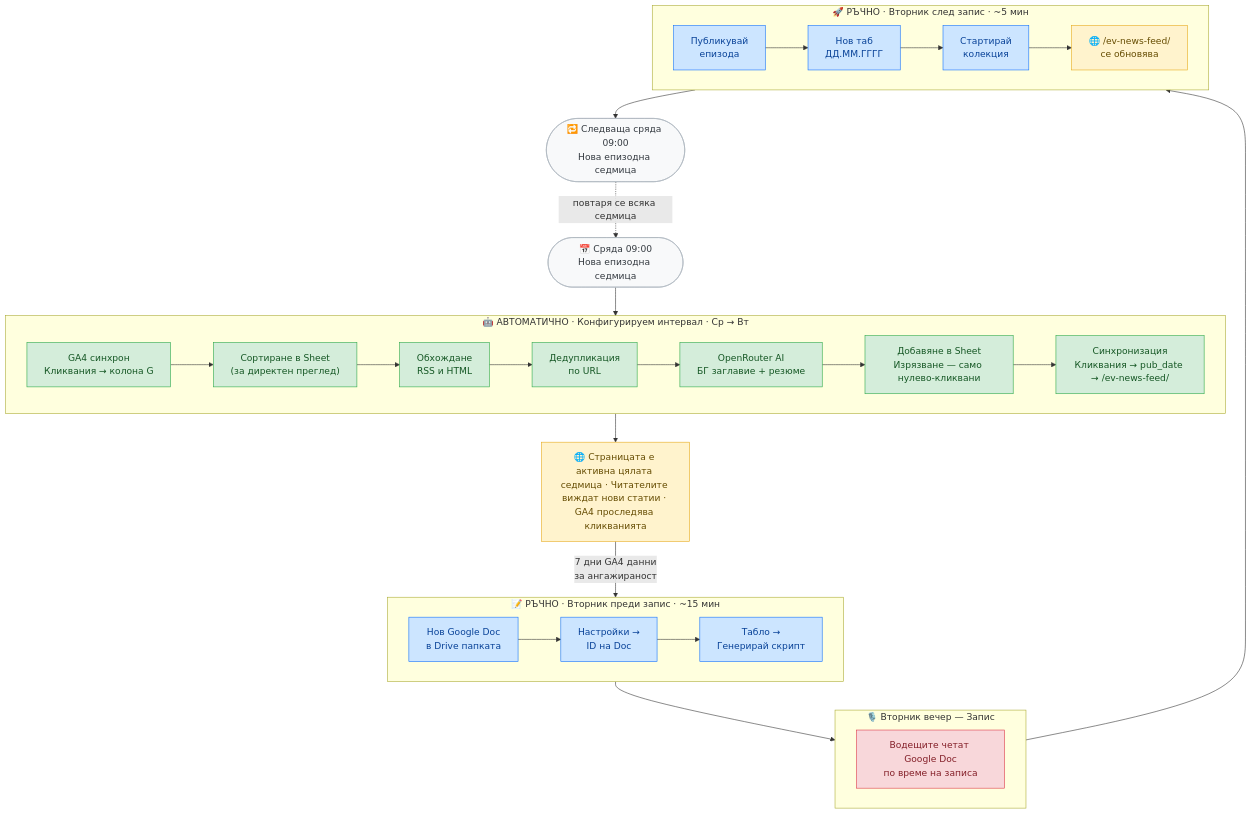
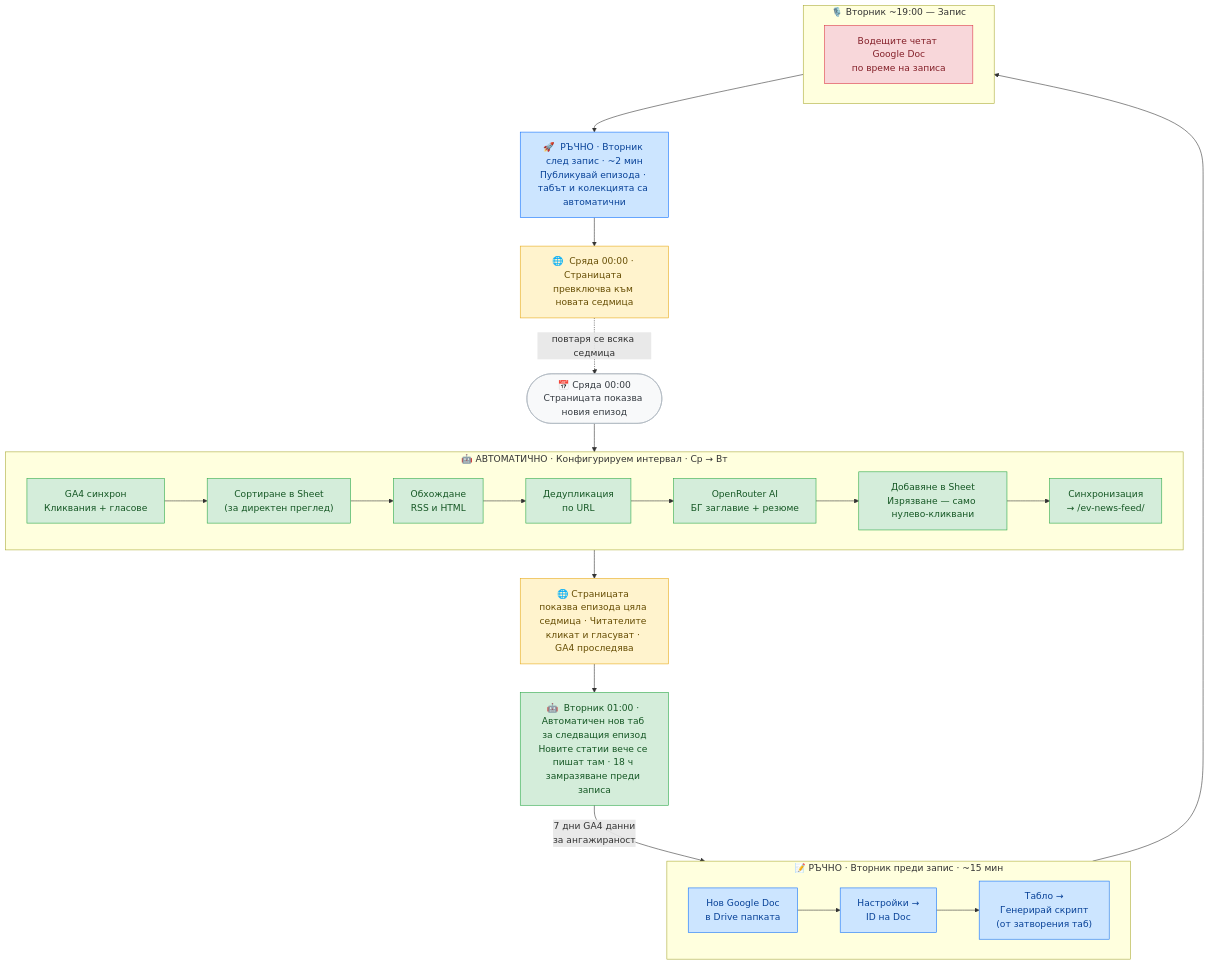
The diagram in plugins/ev-news-automator/docs/EPISODE_WORKFLOW.md (trepechov/carlifebydani), drawn with Mermaid before and after one commit. The commit also changed other lines of this file and 11 other files, not shown here.

````diff
--- a/plugins/ev-news-automator/docs/EPISODE_WORKFLOW.md
+++ b/plugins/ev-news-automator/docs/EPISODE_WORKFLOW.md
@@ -23,56 +28,52 @@
 ```mermaid
 flowchart TD
     classDef auto   fill:#d4edda,stroke:#28a745,color:#155724
     classDef manual fill:#cce5ff,stroke:#0d6efd,color:#084298
     classDef record fill:#f8d7da,stroke:#dc3545,color:#842029
     classDef live   fill:#fff3cd,stroke:#e6a817,color:#664d03
     classDef phase  fill:#f8f9fa,stroke:#adb5bd,color:#343a40
 
-    START(["📅 Сряда 09:00\nНова епизодна седмица"]):::phase
+    START(["📅 Сряда 00:00\nСтраницата показва новия епизод"]):::phase
 
     subgraph DAILY ["🤖  АВТОМАТИЧНО · Конфигурируем интервал · Ср → Вт"]
         direction LR
-        D1["GA4 синхрон\nКликвания → колона G"]:::auto
+        D1["GA4 синхрон\nКликвания + гласове"]:::auto
         D2["Сортиране в Sheet\n(за директен преглед)"]:::auto
         D3["Обхождане\nRSS и HTML"]:::auto
         D4["Дедупликация\nпо URL"]:::auto
         D5["OpenRouter AI\nБГ заглавие + резюме"]:::auto
         D6["Добавяне в Sheet\nИзрязване — само нулево-кликвани"]:::auto
-        D7["Синхронизация\nКликвания → pub_date → /ev-news-feed/"]:::auto
+        D7["Синхронизация\n→ /ev-news-feed/"]:::auto
         D1 --> D2 --> D3 --> D4 --> D5 --> D6 --> D7
     end
 
-    LIVE["🌐 Страницата е активна цялата седмица · Читателите виждат нови статии · GA4 проследява кликванията"]:::live
+    LIVE["🌐 Страницата показва епизода цяла седмица · Читателите кликат и гласуват · GA4 проследява"]:::live
+
+    ROLL["🤖  Вторник 01:00 · Автоматичен нов таб за следващия епизод\nНовите статии вече се пишат там · 18 ч замразяване преди записа"]:::auto
 
     subgraph BEFORE ["📝  РЪЧНО · Вторник преди запис · ~15 мин"]
         direction LR
         B1["Нов Google Doc\nв Drive папката"]:::manual
         B2["Настройки →\nID на Doc"]:::manual
-        B3["Табло →\nГенерирай скрипт"]:::manual
+        B3["Табло →\nГенерирай скрипт\n(от затворения таб)"]:::manual
         B1 --> B2 --> B3
     end
 
-    subgraph REC ["🎙️  Вторник вечер — Запис"]
+    subgraph REC ["🎙️  Вторник ~19:00 — Запис"]
         direction LR
         R1["Водещите четат Google Doc\nпо време на записа"]:::record
     end
 
-    subgraph AFTER ["🚀  РЪЧНО · Вторник след запис · ~5 мин"]
-        direction LR
-        A1["Публикувай\nепизода"]:::manual
-        A2["Нов таб\nДД.ММ.ГГГГ"]:::manual
-        A3["Стартирай\nколекция"]:::manual
-        A4["🌐 /ev-news-feed/\nсе обновява"]:::live
-        A1 --> A2 --> A3 --> A4
-    end
+    AFTER["🚀  РЪЧНО · Вторник след запис · ~2 мин\nПубликувай епизода · табът и колекцията са автоматични"]:::manual
 
-    NEXT(["🔁 Следваща сряда 09:00\nНова епизодна седмица"]):::phase
+    SWITCH["🌐  Сряда 00:00 · Страницата превключва към новата седмица"]:::live
 
     START   --> DAILY
     DAILY   --> LIVE
-    LIVE    -->|"7 дни GA4 данни\nза ангажираност"| BEFORE
+    LIVE    --> ROLL
+    ROLL    -->|"7 дни GA4 данни\nза ангажираност"| BEFORE
     BEFORE  --> REC
     REC     --> AFTER
-    AFTER   --> NEXT
-    NEXT   -.->|"повтаря се всяка седмица"| START
+    AFTER   --> SWITCH
+    SWITCH -.->|"повтаря се всяка седмица"| START
 ```
````
